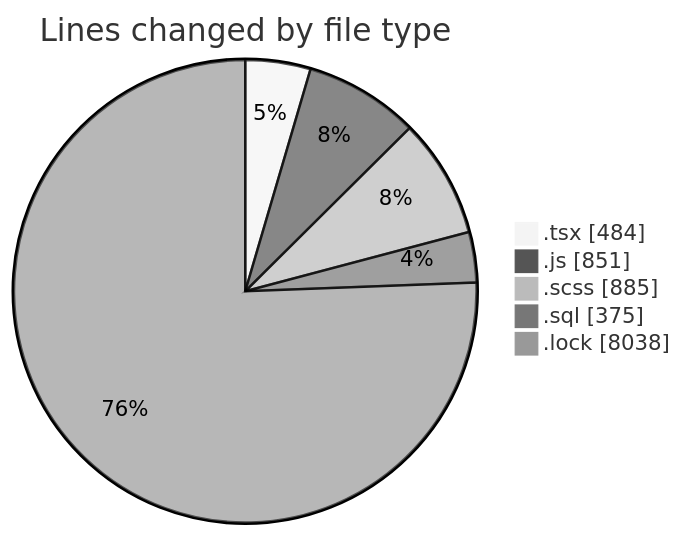
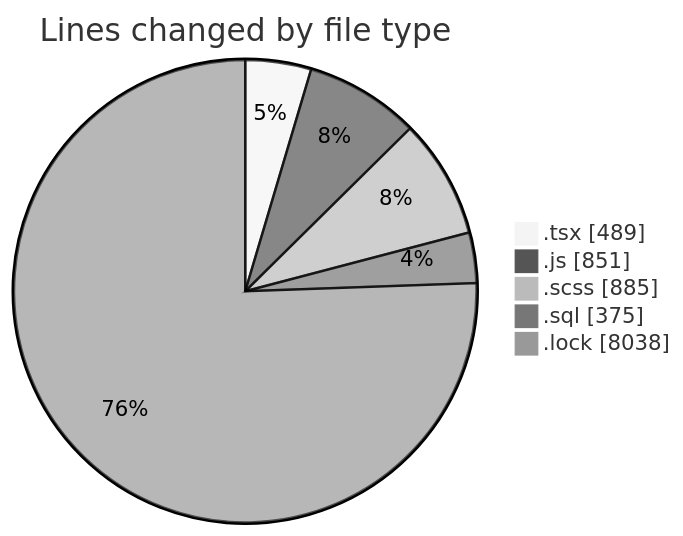
One commit to momahboobian/code-tracking changed the first of 2 diagrams in 2025-03-18/cda/README.md. Above: the diagram before and after it, drawn with Mermaid (neutral theme). The commit also changed other lines of this file and 1 other file, not shown here.

````diff
--- a/2025-03-18/cda/README.md
+++ b/2025-03-18/cda/README.md
@@ -30,9 +30,9 @@
 ```mermaid
 pie showData
 title Lines changed by file type
-".tsx" : 484
+".tsx" : 489
 ".js" : 851
 ".scss" : 885
 ".sql" : 375
 ".lock" : 8038
 ```
````
